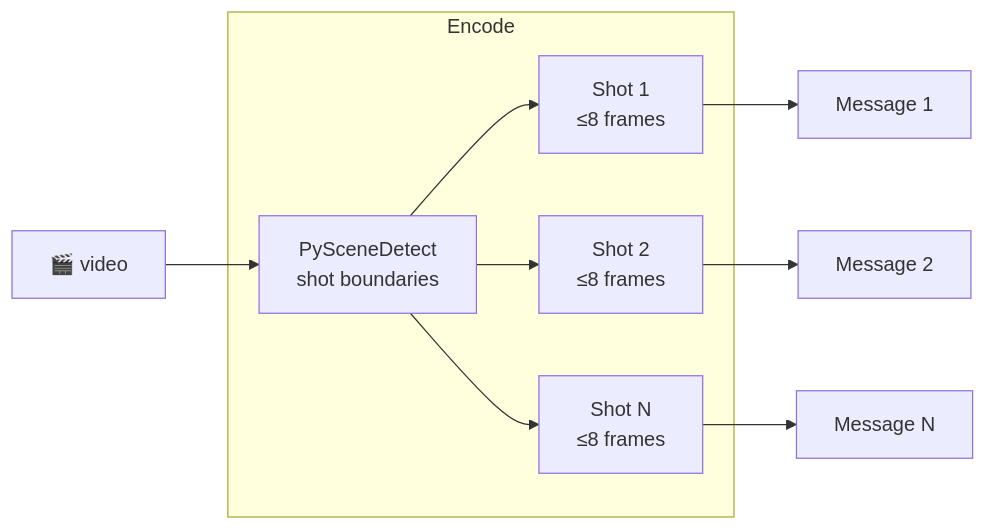
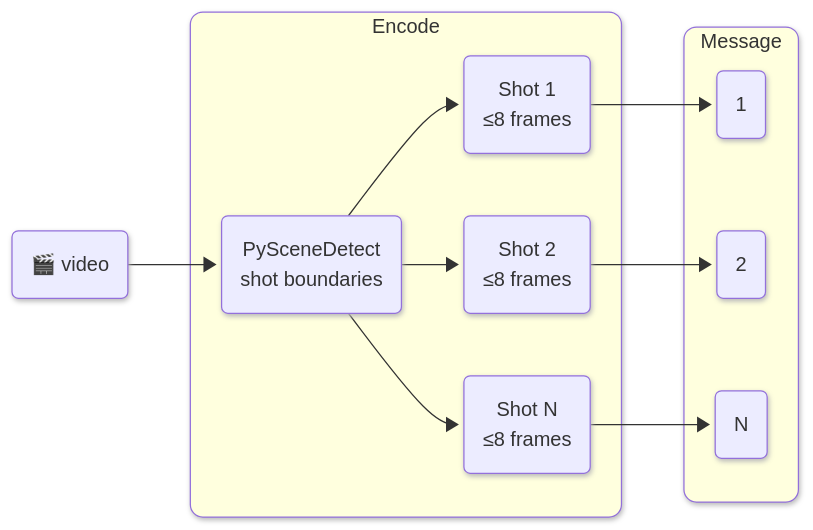
The seventh of 17 diagrams in docs/ENCODERS.md (vlm-run/mm), drawn with Mermaid before and after one commit. The commit also changed other lines of this file and 1 other file, not shown here.

Commit message:
Use a proper message block with subgroups (#146)

````diff
--- a/docs/ENCODERS.md
+++ b/docs/ENCODERS.md
@@ -160,20 +190,25 @@
 ```mermaid
+%%{init: {'look': 'neo'} }%%
 graph LR
-  video["🎬 video"]
+  video("🎬 video")
 
   subgraph encode ["Encode"]
-    detect["PySceneDetect\nshot boundaries"]
-    s1["Shot 1\n≤8 frames"]
-    s2["Shot 2\n≤8 frames"]
-    s3["Shot N\n≤8 frames"]
+    detect("PySceneDetect\nshot boundaries")
+    s1("Shot 1\n≤8 frames")
+    s2("Shot 2\n≤8 frames")
+    s3("Shot N\n≤8 frames")
   end
 
-  m1["Message 1"]
-  m2["Message 2"]
-  m3["Message N"]
+  subgraph message ["Message"]
+    m1("1")
+    m2("2")
+    m3("N")
+  end
 
   video --> detect
   detect --> s1 --> m1
   detect --> s2 --> m2
   detect --> s3 --> m3
+  style encode rx:10px,ry:10px
+  style message rx:10px,ry:10px
 ```
````
